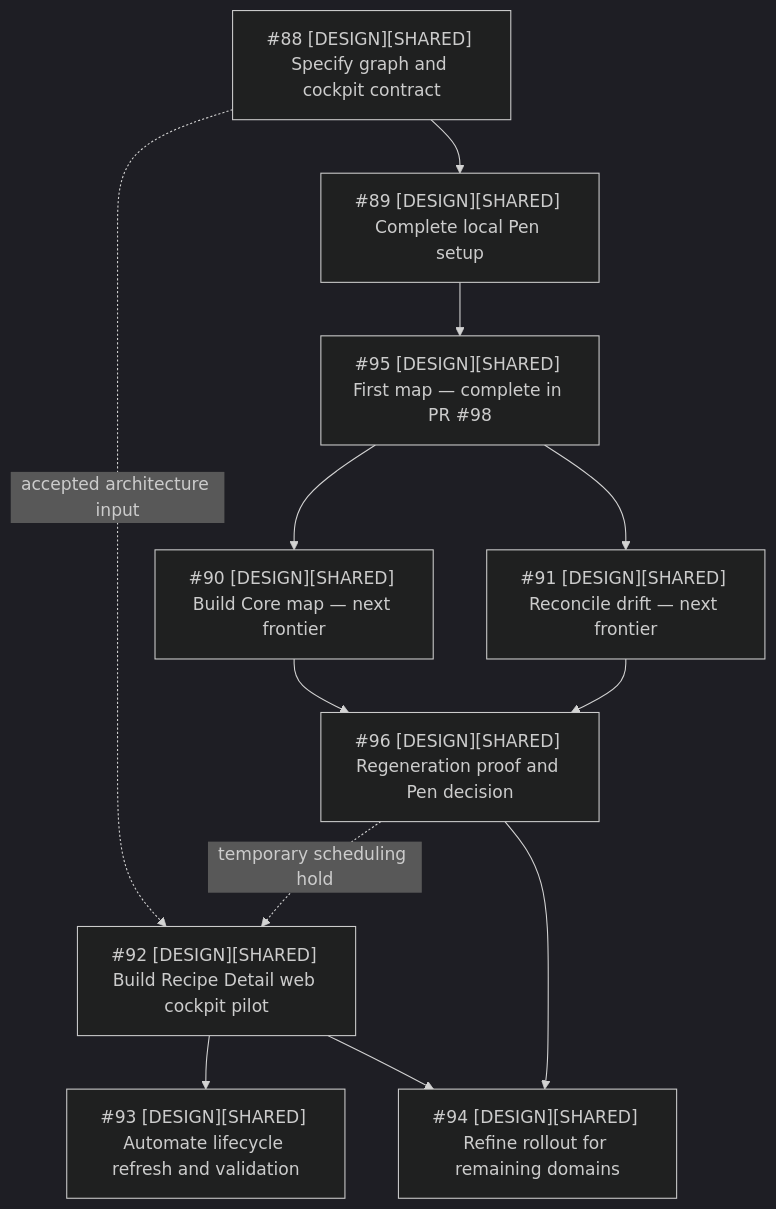
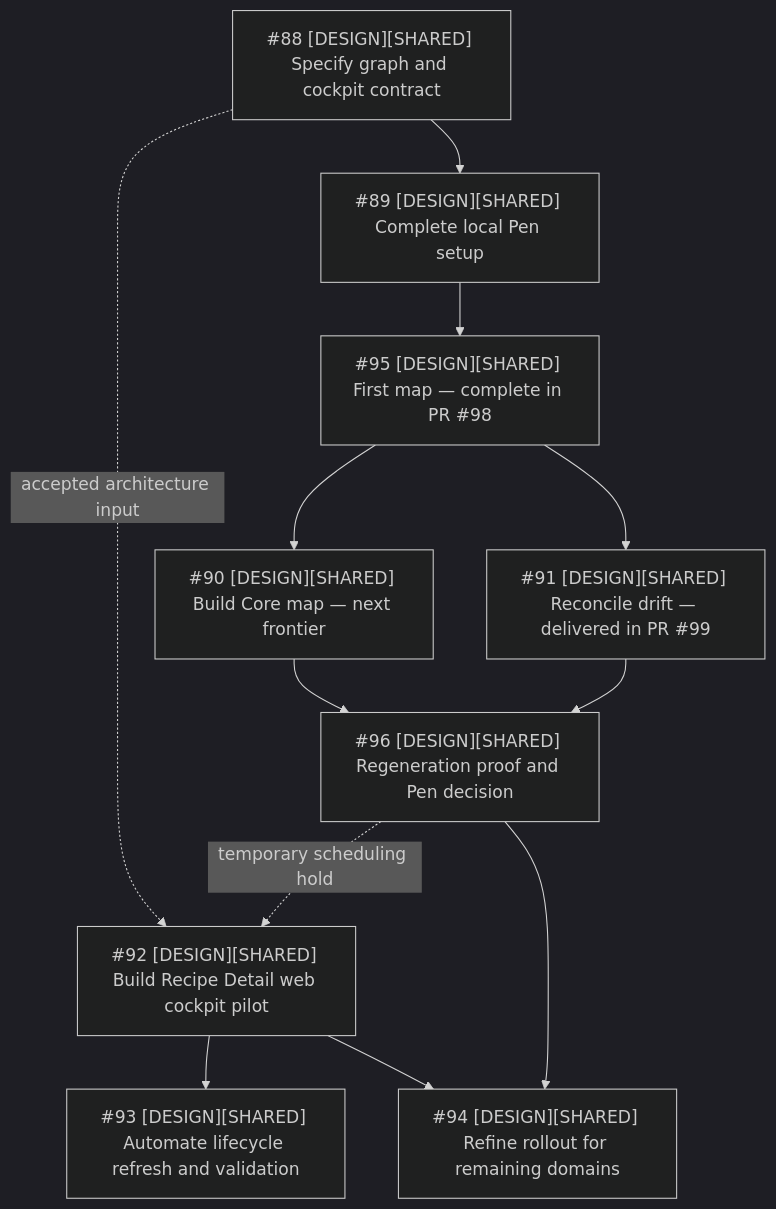
One commit to starkovalera/recipe-manager changed the diagram in design/shared/design-operations-cockpit-spec.md. Above: the diagram before and after it, drawn with Mermaid (dark theme). The commit also changed other lines of this file and 12 other files, not shown here.

First line of the commit message:
docs: reconcile roadmap and tracker drift (#99)

````diff
--- a/design/shared/design-operations-cockpit-spec.md
+++ b/design/shared/design-operations-cockpit-spec.md
@@ -358,25 +362,25 @@
 ```mermaid
 flowchart TD
   spec["#88 [DESIGN][SHARED] Specify graph and cockpit contract"]
   setup["#89 [DESIGN][SHARED] Complete local Pen setup"]
   first["#95 [DESIGN][SHARED] First map — complete in PR #98"]
   core["#90 [DESIGN][SHARED] Build Core map — next frontier"]
-  maintenance["#91 [DESIGN][SHARED] Reconcile drift — next frontier"]
+  maintenance["#91 [DESIGN][SHARED] Reconcile drift — delivered in PR #99"]
   decision["#96 [DESIGN][SHARED] Regeneration proof and Pen decision"]
   cockpit["#92 [DESIGN][SHARED] Build Recipe Detail web cockpit pilot"]
   automation["#93 [DESIGN][SHARED] Automate lifecycle refresh and validation"]
   refinement["#94 [DESIGN][SHARED] Refine rollout for remaining domains"]
 
   spec --> setup
   setup --> first
   first --> core
   first --> maintenance
   core --> decision
   maintenance --> decision
 
   spec -. accepted architecture input .-> cockpit
   decision -. temporary scheduling hold .-> cockpit
   cockpit --> automation
   cockpit --> refinement
   decision --> refinement
 ```
````
